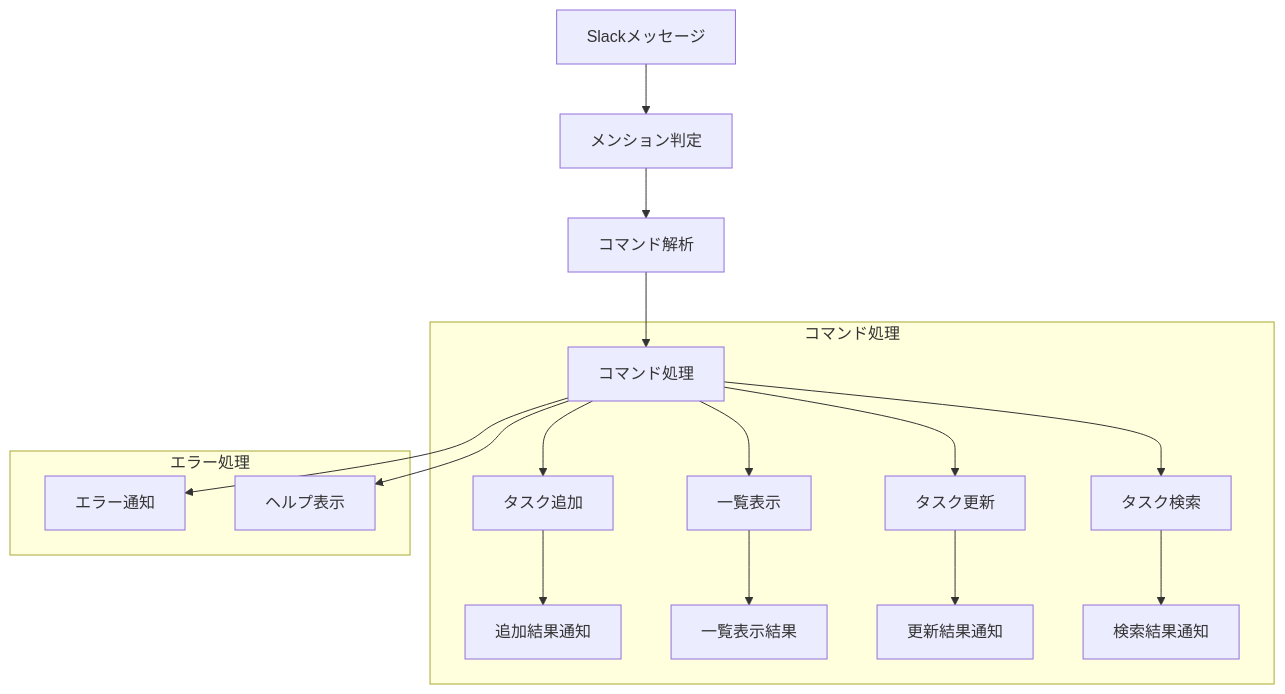
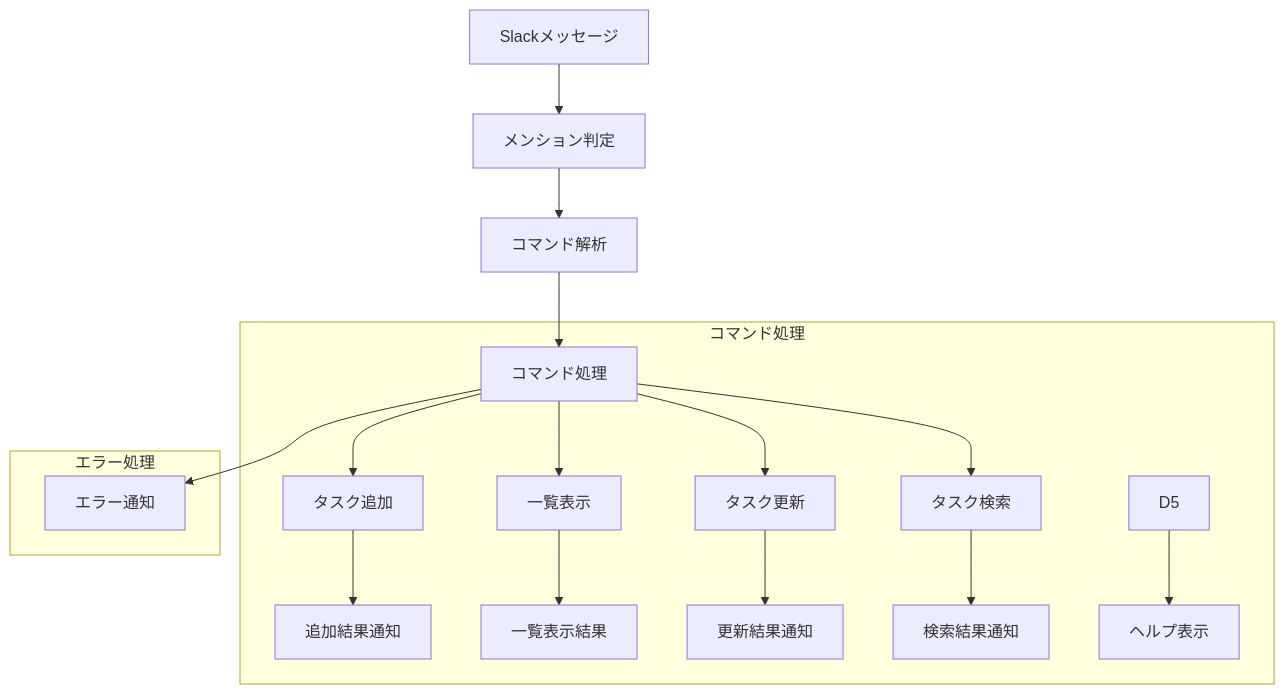
Before and after one commit to YL08140921/Task-Manager-for-Slack-bot: the diagram in docs/components/slack_service.md, drawn with Mermaid.

Commit message:
SlackServiceのdocs-修正

````diff
--- a/docs/components/slack_service.md
+++ b/docs/components/slack_service.md
@@ -594,23 +594,23 @@
 ```mermaid
 graph TD
     A[Slackメッセージ] --> B[メンション判定]
     B --> C[コマンド解析]
     C --> D[コマンド処理]
     
     subgraph "コマンド処理"
         D --> D1[タスク追加]
         D --> D2[一覧表示]
         D --> D3[タスク更新]
         D --> D4[タスク検索]
         
         D1 --> E1[追加結果通知]
         D2 --> E2[一覧表示結果]
         D3 --> E3[更新結果通知]
         D4 --> E4[検索結果通知]
+        D5 --> E5[ヘルプ表示]
     end
     
     subgraph "エラー処理"
         D --> F1[エラー通知]
-        D --> F2[ヘルプ表示]
     end
 ```
````
